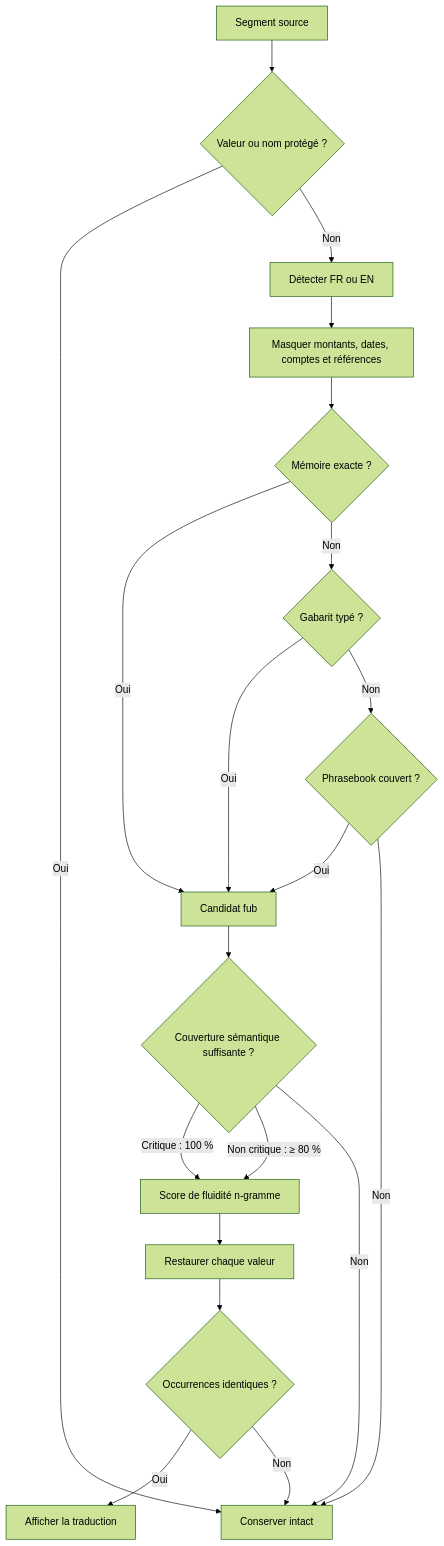
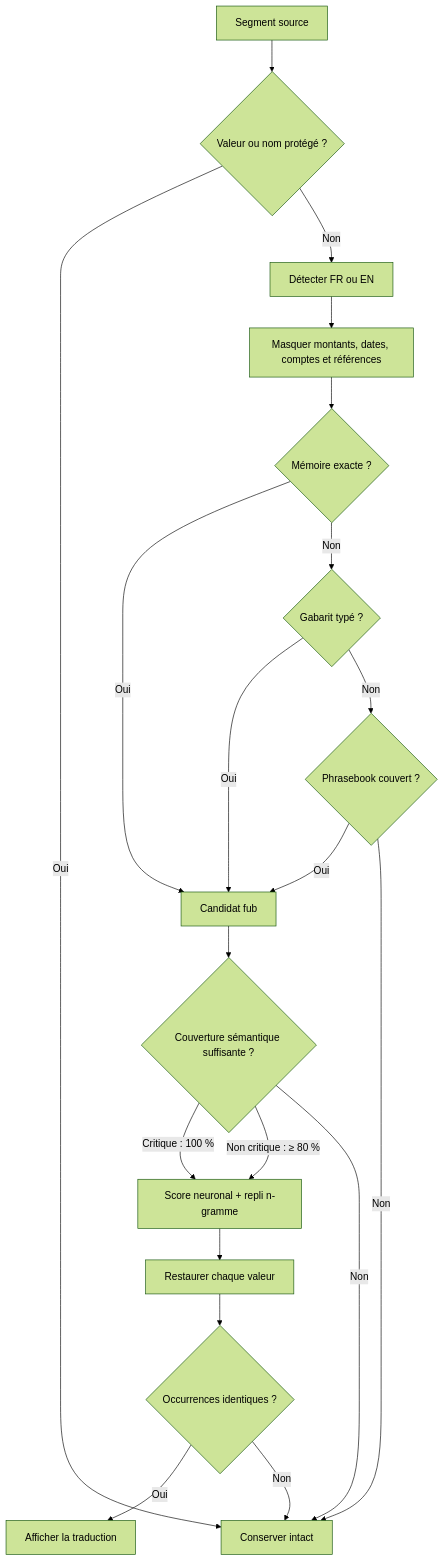
The third of 7 diagrams in docs/ARCHITECTURE.md (kaezerwatto/KORA), drawn with Mermaid (forest theme) before and after one commit. The commit also changed other lines of this file and 27 other files, not shown here.

````diff
--- a/docs/ARCHITECTURE.md
+++ b/docs/ARCHITECTURE.md
@@ -68,22 +70,22 @@
 ```mermaid
 flowchart TD
     A[Segment source] --> B{Valeur ou nom protégé ?}
     B -->|Oui| Z[Conserver intact]
     B -->|Non| C[Détecter FR ou EN]
     C --> D[Masquer montants, dates, comptes et références]
     D --> E{Mémoire exacte ?}
     E -->|Oui| J[Candidat fub]
     E -->|Non| F{Gabarit typé ?}
     F -->|Oui| J
     F -->|Non| G{Phrasebook couvert ?}
     G -->|Oui| J
     G -->|Non| Z
     J --> H{Couverture sémantique suffisante ?}
-    H -->|Critique : 100 %| I[Score de fluidité n-gramme]
+    H -->|Critique : 100 %| I[Score neuronal + repli n-gramme]
     H -->|Non critique : ≥ 80 %| I
     H -->|Non| Z
     I --> K[Restaurer chaque valeur]
     K --> L{Occurrences identiques ?}
     L -->|Oui| M[Afficher la traduction]
     L -->|Non| Z
 ```
````
